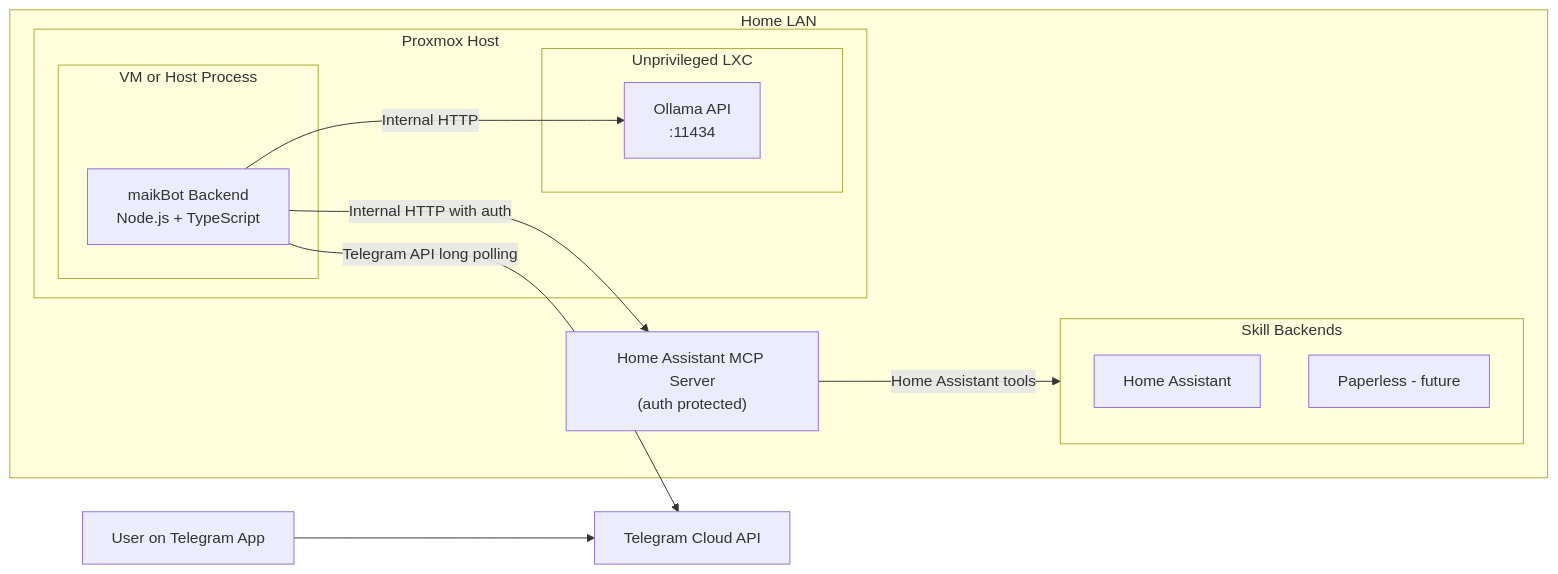
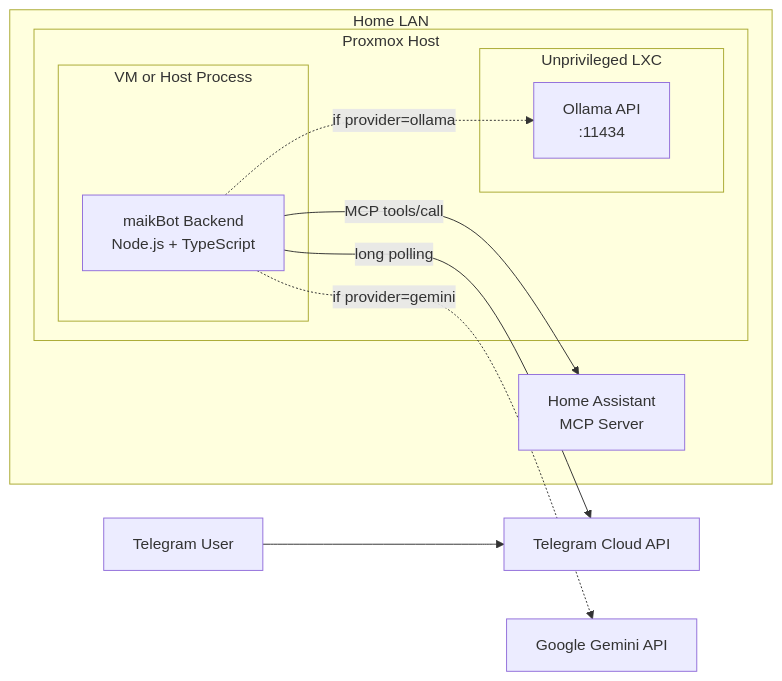
Before and after one commit to MaikUnglert/maikBot: the first of 2 diagrams in README.md, drawn with Mermaid. The commit also changed other lines of this file and 16 other files, not shown here.

First line of the commit message:
Add multi-provider LLM support (Gemini + Ollama) and chat history

````diff
--- a/README.md
+++ b/README.md
@@ -17,29 +12,25 @@
 ```mermaid
 flowchart LR
-    User[User on Telegram App]
+    User[Telegram User]
     TG[Telegram Cloud API]
 
     subgraph LAN[Home LAN]
       subgraph Proxmox[Proxmox Host]
         subgraph VM[VM or Host Process]
           MB["maikBot Backend<br/>Node.js + TypeScript"]
         end
         subgraph LXC[Unprivileged LXC]
           OL["Ollama API<br/>:11434"]
         end
       end
-
-      MCP["Home Assistant MCP Server<br/>(auth protected)"]
-      subgraph Skills[Skill Backends]
-        HA[Home Assistant]
-        PL["Paperless - future"]
-      end
+      MCP["Home Assistant<br/>MCP Server"]
     end
 
+    Cloud["Google Gemini API"]
+
     User --> TG
-    MB -->|Telegram API long polling| TG
-    MB -->|Internal HTTP| OL
-    MB -->|Internal HTTP with auth| MCP
-    MCP -->|Home Assistant tools| Skills
-
+    MB -->|long polling| TG
+    MB -.->|if provider=ollama| OL
+    MB -.->|if provider=gemini| Cloud
+    MB -->|MCP tools/call| MCP
 ```
````
